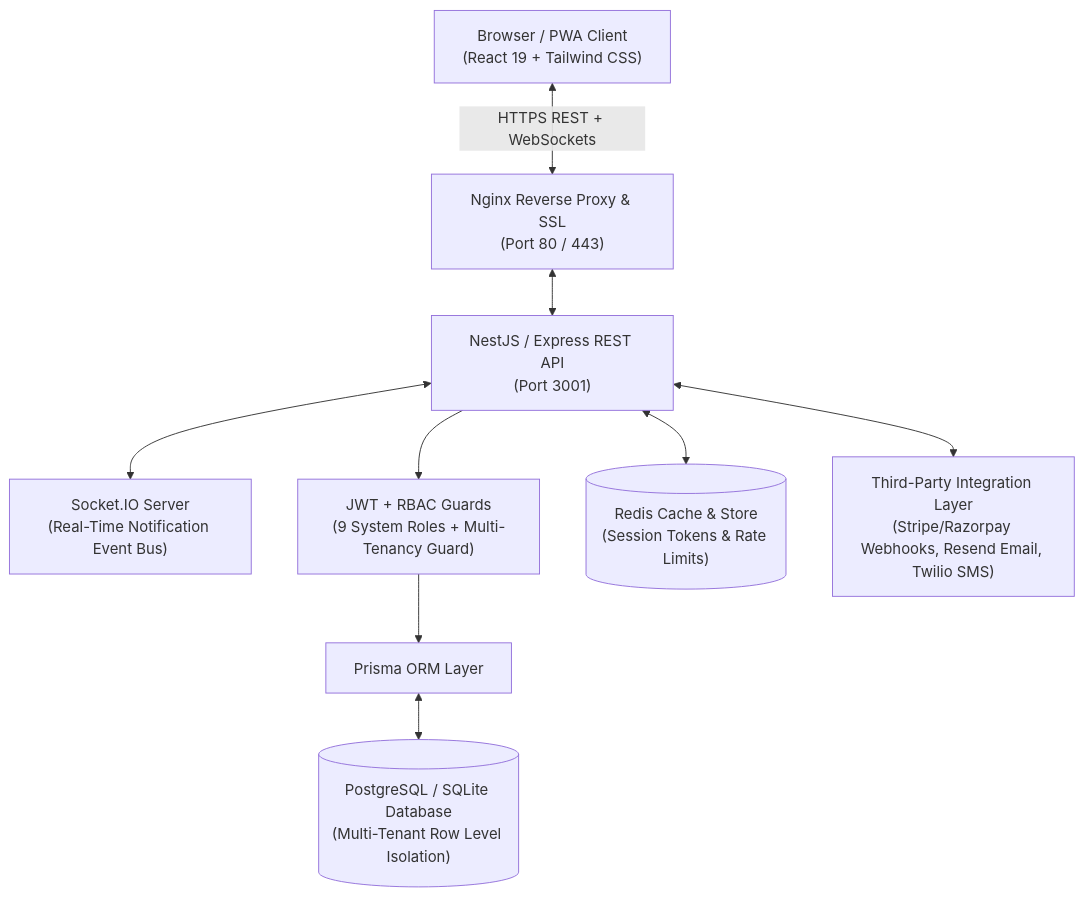
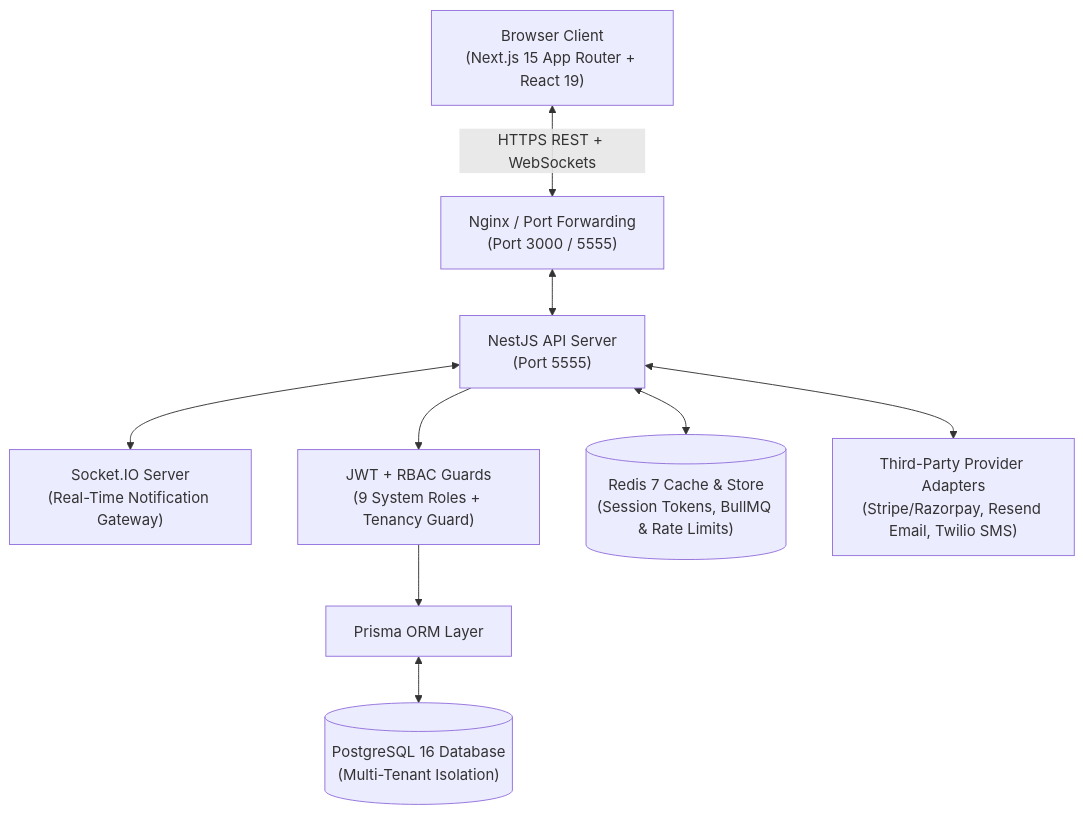
Before and after one commit to Aadarsh2021/Medic: the diagram in docs/architecture_diagram.md, drawn with Mermaid. The commit also changed other lines of this file and 14 other files, not shown here.

````diff
--- a/docs/architecture_diagram.md
+++ b/docs/architecture_diagram.md
@@ -3,21 +3,21 @@
 ```mermaid
 graph TD
-    Client["Browser / PWA Client<br/>(React 19 + Tailwind CSS)"]
-    Nginx["Nginx Reverse Proxy & SSL<br/>(Port 80 / 443)"]
-    API["NestJS / Express REST API<br/>(Port 3001)"]
-    SocketIO["Socket.IO Server<br/>(Real-Time Notification Event Bus)"]
-    AuthGuard["JWT + RBAC Guards<br/>(9 System Roles + Multi-Tenancy Guard)"]
+    Client["Browser Client<br/>(Next.js 15 App Router + React 19)"]
+    Nginx["Nginx / Port Forwarding<br/>(Port 3000 / 5555)"]
+    API["NestJS API Server<br/>(Port 5555)"]
+    SocketIO["Socket.IO Server<br/>(Real-Time Notification Gateway)"]
+    AuthGuard["JWT + RBAC Guards<br/>(9 System Roles + Tenancy Guard)"]
     Prisma["Prisma ORM Layer"]
-    DB[("PostgreSQL / SQLite Database<br/>(Multi-Tenant Row Level Isolation)")]
-    Redis[("Redis Cache & Store<br/>(Session Tokens & Rate Limits)")]
-    Services["Third-Party Integration Layer<br/>(Stripe/Razorpay Webhooks, Resend Email, Twilio SMS)"]
+    DB[("PostgreSQL 16 Database<br/>(Multi-Tenant Isolation)")]
+    Redis[("Redis 7 Cache & Store<br/>(Session Tokens, BullMQ & Rate Limits)")]
+    Services["Third-Party Provider Adapters<br/>(Stripe/Razorpay, Resend Email, Twilio SMS)"]
 
     Client <-->|HTTPS REST + WebSockets| Nginx
     Nginx <--> API
     API <--> SocketIO
     API --> AuthGuard
     AuthGuard --> Prisma
     Prisma <--> DB
     API <--> Redis
     API <--> Services
 ```
````
